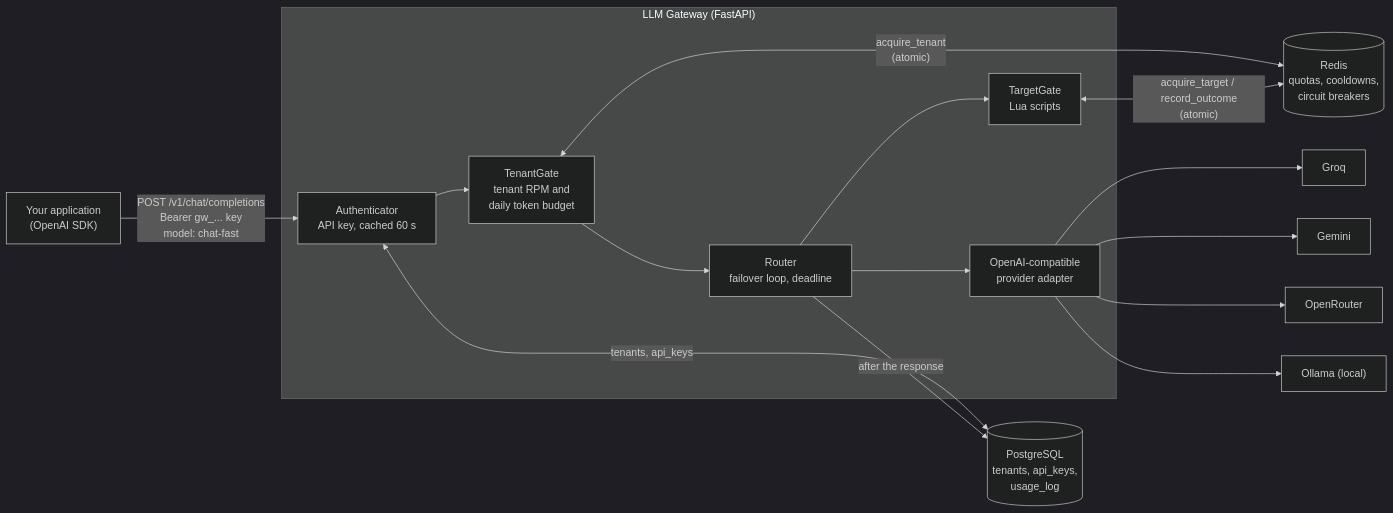
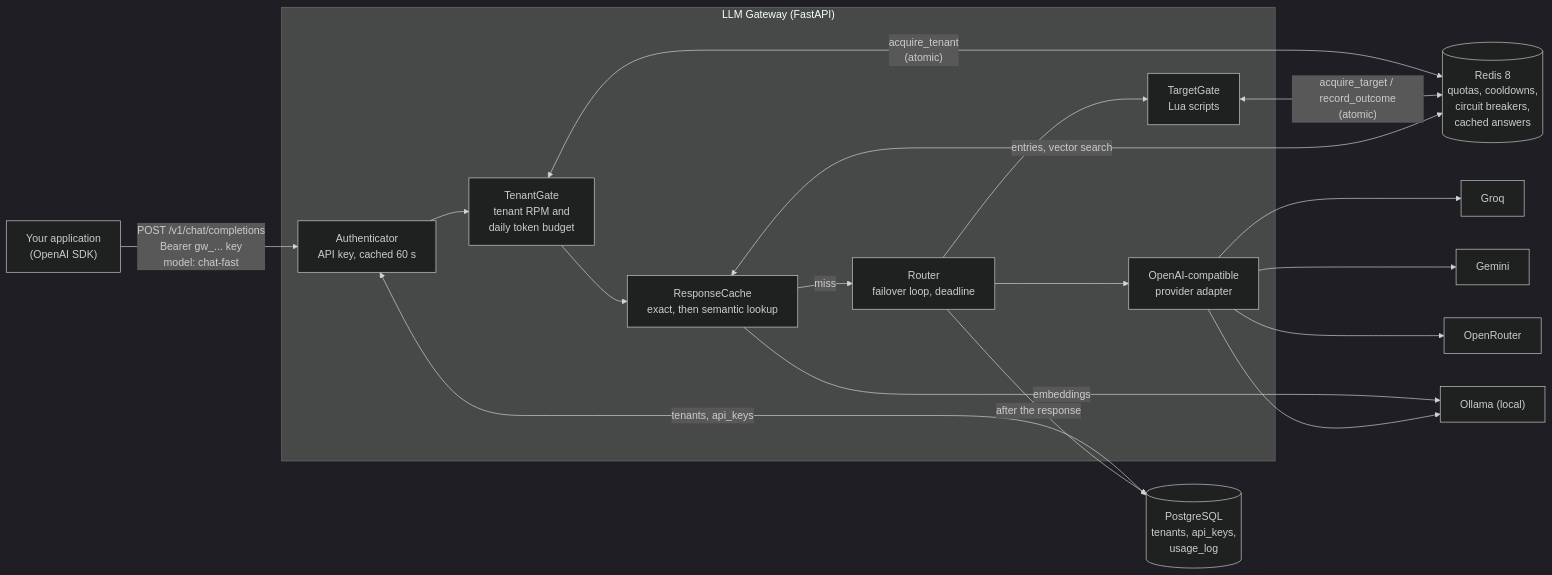
The first of 2 diagrams in README.md (EmeranYoa/llm-gateway), drawn with Mermaid (dark theme) before and after one commit. The commit also changed other lines of this file and 1 other file, not shown here.

Commit message:
docs: document the response cache in the README

````diff
--- a/README.md
+++ b/README.md
@@ -29,20 +30,23 @@
 ```mermaid
 flowchart LR
     app["Your application<br/>(OpenAI SDK)"] -->|"POST /v1/chat/completions<br/>Bearer gw_... key<br/>model: chat-fast"| auth
 
     subgraph gateway["LLM Gateway (FastAPI)"]
         auth["Authenticator<br/>API key, cached 60 s"] --> tenant["TenantGate<br/>tenant RPM and<br/>daily token budget"]
-        tenant --> router["Router<br/>failover loop, deadline"]
+        tenant --> cache["ResponseCache<br/>exact, then semantic lookup"]
+        cache -->|"miss"| router["Router<br/>failover loop, deadline"]
         router --> gate["TargetGate<br/>Lua scripts"]
         router --> adapter["OpenAI-compatible<br/>provider adapter"]
     end
 
     auth <-->|"tenants, api_keys"| pg
     tenant <-->|"acquire_tenant<br/>(atomic)"| redis
-    gate <-->|"acquire_target / record_outcome<br/>(atomic)"| redis[("Redis<br/>quotas, cooldowns,<br/>circuit breakers")]
+    gate <-->|"acquire_target / record_outcome<br/>(atomic)"| redis[("Redis 8<br/>quotas, cooldowns,<br/>circuit breakers,<br/>cached answers")]
+    cache <-->|"entries, vector search"| redis
+    cache -->|"embeddings"| ollama
     adapter --> groq["Groq"]
     adapter --> gemini["Gemini"]
     adapter --> openrouter["OpenRouter"]
     adapter --> ollama["Ollama (local)"]
     router -->|"after the response"| pg[("PostgreSQL<br/>tenants, api_keys,<br/>usage_log")]
 ```
````
